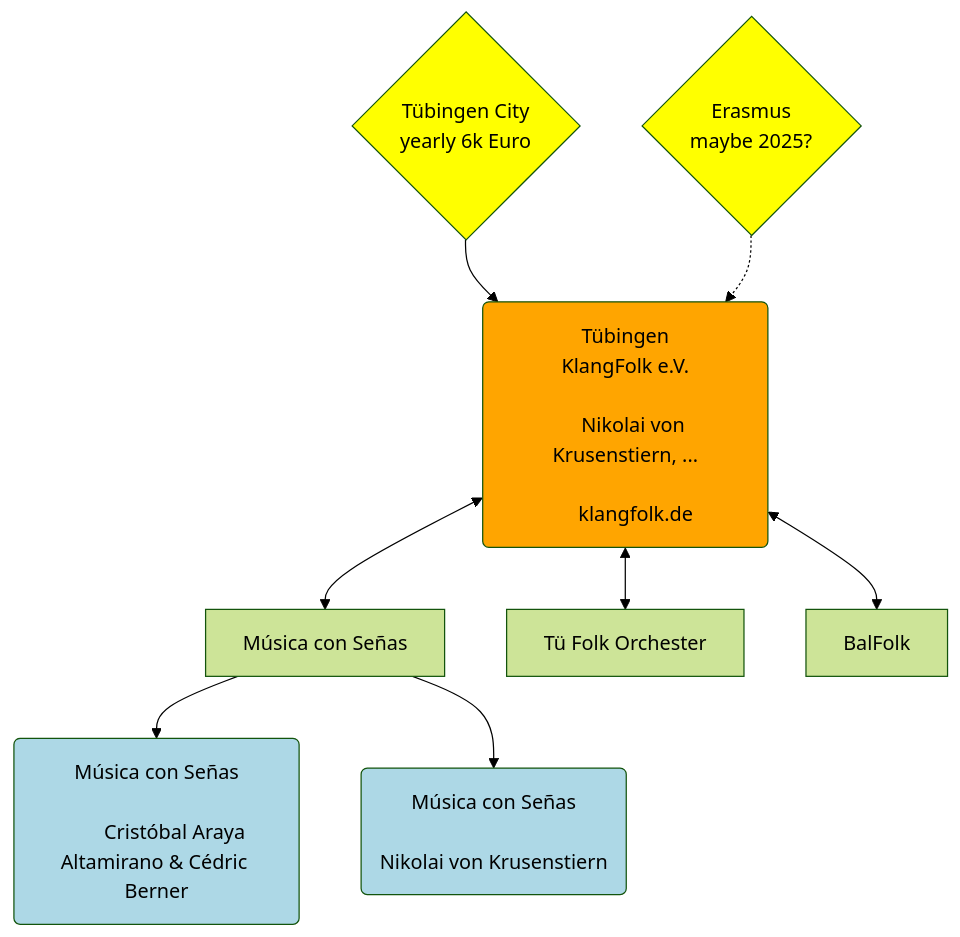
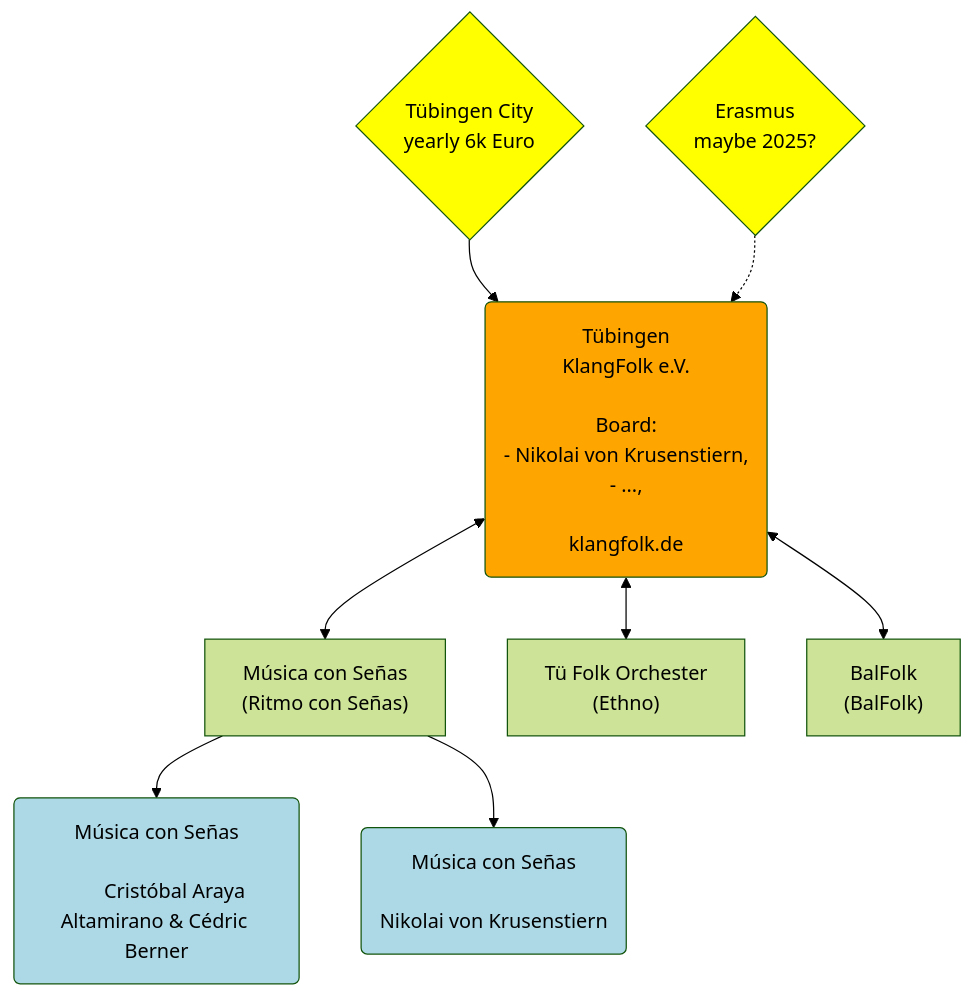
Before and after one commit to Ritmo-con-Senas/orgcharts: the second of 2 diagrams in README.md, drawn with Mermaid.

Commit message:
Add Types

````diff
--- a/README.md
+++ b/README.md
@@ -69,44 +69,44 @@
 ```mermaid
 %%{init: {'theme':'forest'}}%%
 flowchart TD
     E{Erasmus
         maybe 2025?}
     TUE{Tübingen City
         yearly 6k Euro}
     
     KF(Tübingen<br>KlangFolk e.V.<br>
-    Nikolai von Krusenstiern, ...<br>
+    Board:<br>- Nikolai von Krusenstiern,<br>- ...,<br>
     klangfolk.de)
 
     TUE --> KF
     E -.-> KF
 
-    MCS[Música con Señas]
-    TF[Tü Folk Orchester]
-    BF[BalFolk]
+    MCS["Música con Señas<br>(Ritmo con Señas)"]
+    TF["Tü Folk Orchester<br>(Ethno)"]
+    BF["BalFolk<br>(BalFolk)"]
 
     KF <--> MCS
     KF <--> TF
     KF <--> BF
 
     MCS_1(Música con Señas<br>
         Cristóbal Araya Altamirano & Cédric Berner)
 
     MCS_2(Música con Señas<br>
         Nikolai von Krusenstiern)    
     
     MCS --> MCS_1
     MCS --> MCS_2
 
 %%    linkStyle 11 stroke-width:4px,stroke:blue
 
     classDef BLUE fill:lightblue
     classDef YEL fill:yellow
     classDef BLU fill:skyblue
     classDef ORA fill:orange
 
     class rcs,MCS_1,MCS_2,DA_MCS,B_P,B_R BLUE
     class x BLU
     class E,TUE YEL
     class KF ORA
 ```
````
